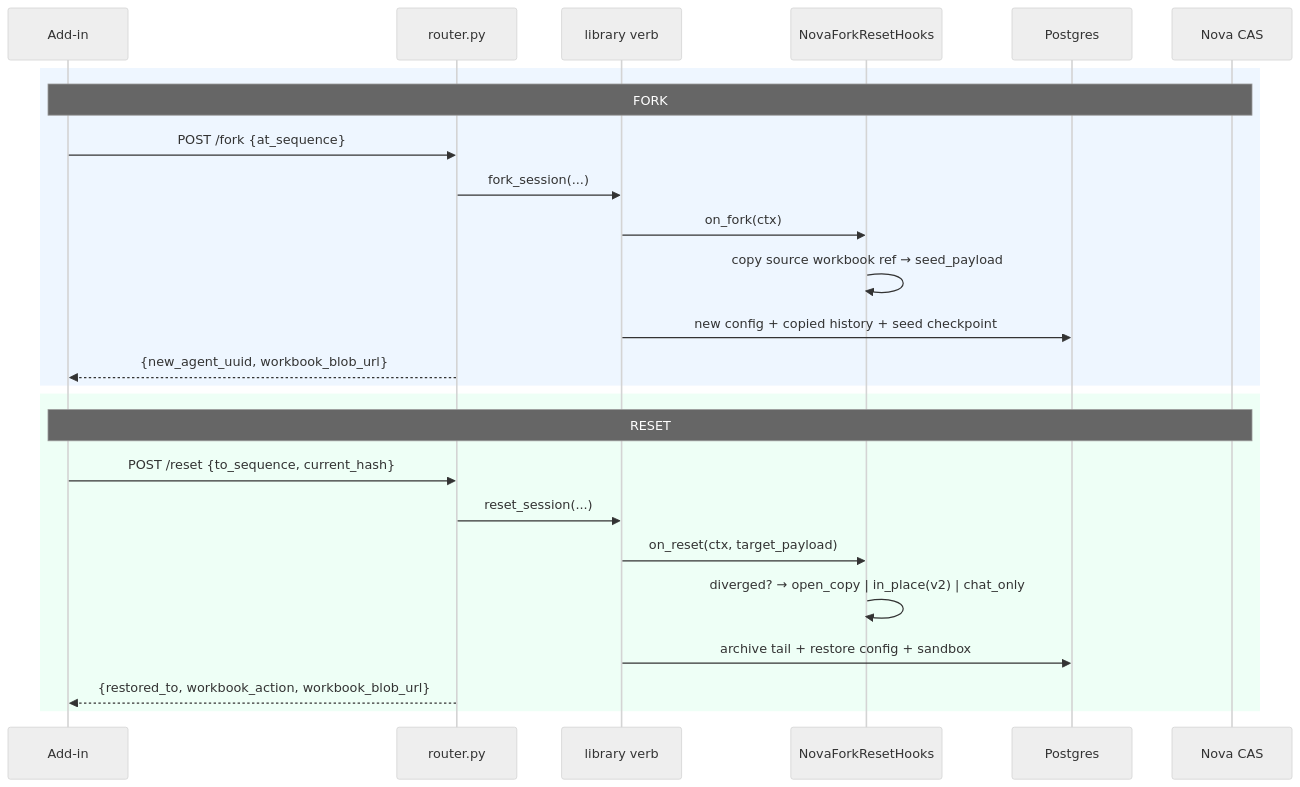
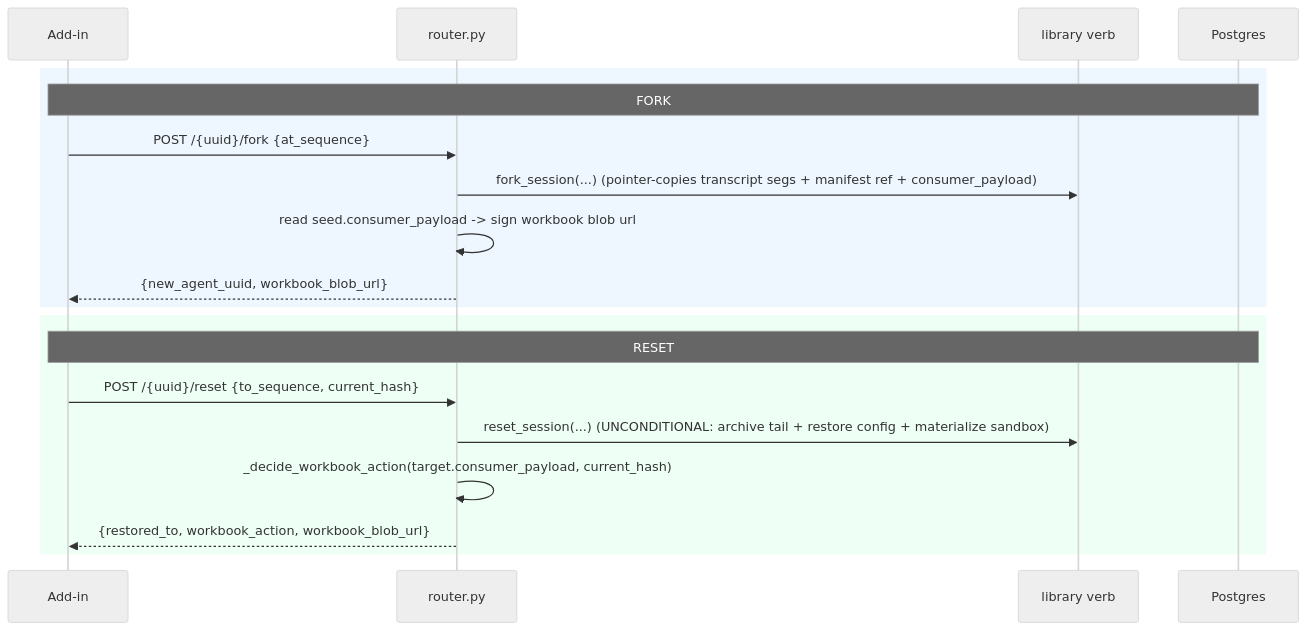
The diagram in fork_reset_design/02-nova-backend.md (AuroSoni/agent-harness), drawn with Mermaid (neutral theme) before and after one commit. The commit also changed other lines of this file and 6 other files, not shown here.

First line of the commit message:
Update design documentation and configuration files for fork/reset feature

````diff
--- a/fork_reset_design/02-nova-backend.md
+++ b/fork_reset_design/02-nova-backend.md
@@ -172,29 +188,23 @@
 ```mermaid
 sequenceDiagram
     participant FE as Add-in
     participant R as router.py
     participant L as library verb
-    participant H as NovaForkResetHooks
     participant PG as Postgres
-    participant CAS as Nova CAS
 
     rect rgb(238,246,255)
-    Note over FE,CAS: FORK
-    FE->>R: POST /fork {at_sequence}
-    R->>L: fork_session(...)
-    L->>H: on_fork(ctx)
-    H->>H: copy source workbook ref → seed_payload
-    L->>PG: new config + copied history + seed checkpoint
+    Note over FE,PG: FORK
+    FE->>R: POST /{uuid}/fork {at_sequence}
+    R->>L: fork_session(...)  (pointer-copies transcript segs + manifest ref + consumer_payload)
+    R->>R: read seed.consumer_payload -> sign workbook blob url
     R-->>FE: {new_agent_uuid, workbook_blob_url}
     end
 
     rect rgb(238,255,246)
-    Note over FE,CAS: RESET
-    FE->>R: POST /reset {to_sequence, current_hash}
-    R->>L: reset_session(...)
-    L->>H: on_reset(ctx, target_payload)
-    H->>H: diverged? → open_copy | in_place(v2) | chat_only
-    L->>PG: archive tail + restore config + sandbox
+    Note over FE,PG: RESET
+    FE->>R: POST /{uuid}/reset {to_sequence, current_hash}
+    R->>L: reset_session(...)  (UNCONDITIONAL: archive tail + restore config + materialize sandbox)
+    R->>R: _decide_workbook_action(target.consumer_payload, current_hash)
     R-->>FE: {restored_to, workbook_action, workbook_blob_url}
     end
 ```
````
